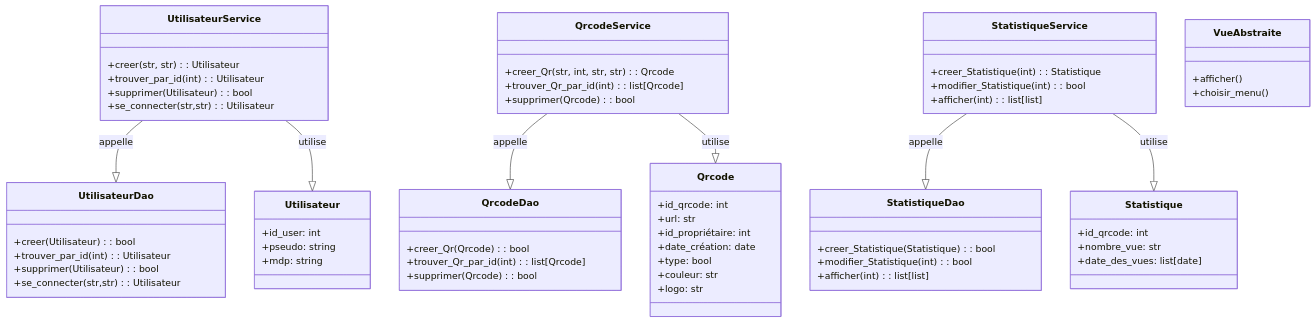
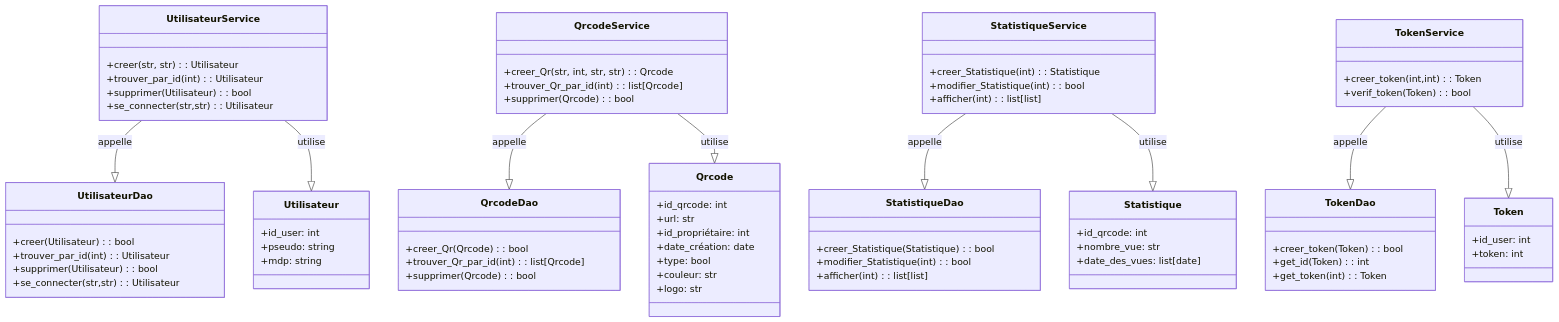
Before and after one commit to AdamLaporte/ENSAI-2A-projet-info-groupe-32: the diagram in doc/diag_classes.md, drawn with Mermaid.

Commit message:
diag de classe

````diff
--- a/doc/diag_classes.md
+++ b/doc/diag_classes.md
@@ -77,11 +77,23 @@
         +afficher(int): list[list]
     }
 
-    class VueAbstraite{
-      +afficher()
-      +choisir_menu()
+    class Token {
+        +id_user: int
+        +token: int
     }
 
+    class TokenService {
+        +creer_token(int,int): Token
+        +verif_token(Token): bool
+
+    }
+
+    class TokenDao {
+        +creer_token(Token): bool
+        +get_id(Token): int
+        +get_token(int): Token
+
+    }
 
     UtilisateurService --|> UtilisateurDao : appelle
     UtilisateurService --|> Utilisateur: utilise
@@ -92,6 +104,9 @@
     QrcodeService --|> QrcodeDao : appelle
     QrcodeService --|> Qrcode : utilise
 
+    TokenService --|> TokenDao : appelle
+    TokenService --|> Token : utilise
+
 
 
 ```
````
